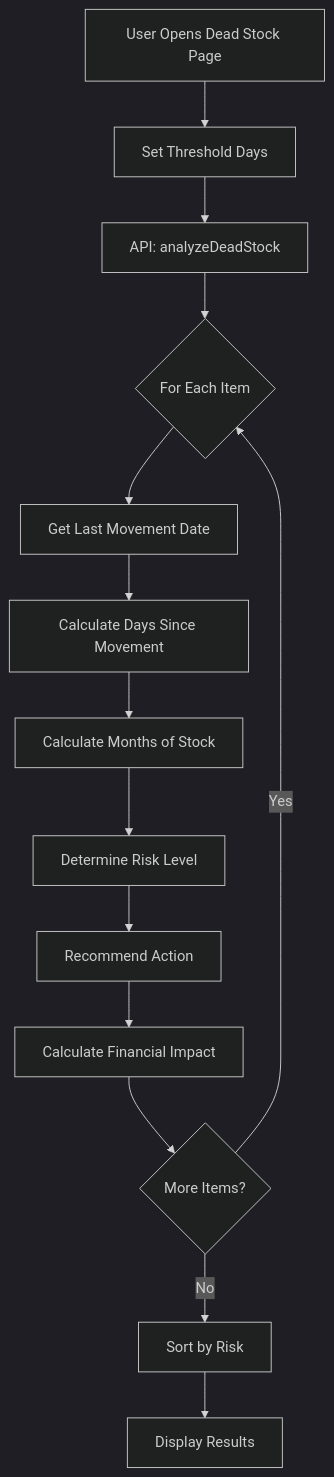
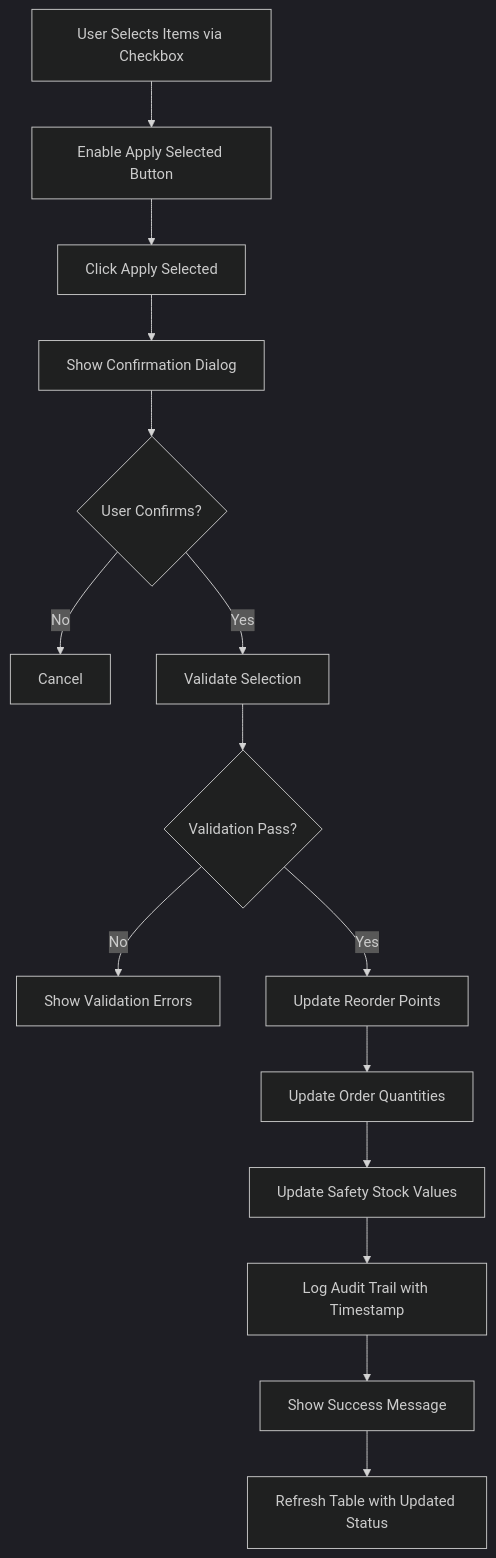
The ninth of 32 diagrams in docs/app/operational-planning/inventory-planning/FD-inventory-planning.md (PeakMNA/carmen), drawn with Mermaid (dark theme) before and after one commit. The commit also changed other lines of this file and 473 other files, not shown here.

````diff
--- a/docs/app/operational-planning/inventory-planning/FD-inventory-planning.md
+++ b/docs/app/operational-planning/inventory-planning/FD-inventory-planning.md
@@ -163,18 +208,20 @@
 ```mermaid
 graph TB
-    A[User Opens Dead Stock Page] --> B[Set Threshold Days]
-    B --> C[API: analyzeDeadStock]
+    A[User Selects Items via Checkbox] --> B[Enable Apply Selected Button]
+    B --> C[Click Apply Selected]
+    C --> D[Show Confirmation Dialog]
 
-    C --> D{For Each Item}
-    D --> E[Get Last Movement Date]
-    E --> F[Calculate Days Since Movement]
-    F --> G[Calculate Months of Stock]
-    G --> H[Determine Risk Level]
-    H --> I[Recommend Action]
-    I --> J[Calculate Financial Impact]
-    J --> K{More Items?}
+    D --> E{User Confirms?}
+    E -->|No| F[Cancel]
+    E -->|Yes| G[Validate Selection]
 
-    K -->|Yes| D
-    K -->|No| L[Sort by Risk]
-    L --> M[Display Results]
+    G --> H{Validation Pass?}
+    H -->|No| I[Show Validation Errors]
+    H -->|Yes| J[Update Reorder Points]
+
+    J --> K[Update Order Quantities]
+    K --> L[Update Safety Stock Values]
+    L --> M[Log Audit Trail with Timestamp]
+    M --> N[Show Success Message]
+    N --> O[Refresh Table with Updated Status]
 ```
````
